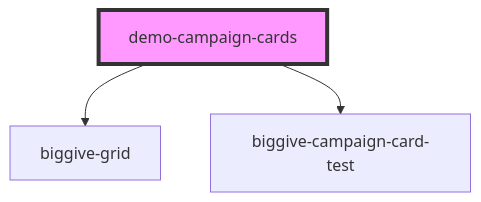
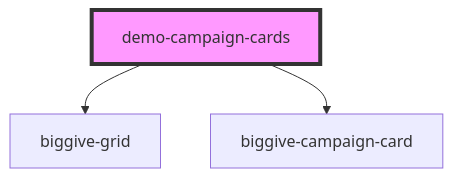
Before and after one commit to thebiggive/donate-frontend: the diagram in src/components/demo-campaign-cards/readme.md, drawn with Mermaid. The commit also changed other lines of this file and 8 other files, not shown here.

Commit message:
COM-7 – Give campaign card component a conceivably-long-term name

````diff
--- a/src/components/demo-campaign-cards/readme.md
+++ b/src/components/demo-campaign-cards/readme.md
@@ -16,6 +16,6 @@
 ```mermaid
 graph TD;
   demo-campaign-cards --> biggive-grid
-  demo-campaign-cards --> biggive-campaign-card-test
+  demo-campaign-cards --> biggive-campaign-card
   style demo-campaign-cards fill:#f9f,stroke:#333,stroke-width:4px
 ```
````
